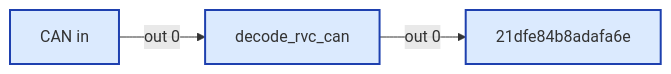
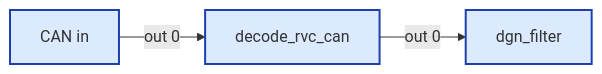
The ninth of 31 diagrams in src/wiring/config.md (Backroads4Me/librecoach-node-red), drawn with Mermaid before and after one commit. The commit also changed other lines of this file and 4 other files, not shown here.

````diff
--- a/src/wiring/config.md
+++ b/src/wiring/config.md
@@ -334,14 +334,14 @@
 ```mermaid
 flowchart LR
   classDef fn fill:#dbeafe,stroke:#1e40af,stroke-width:2px
   classDef ui fill:#ede9fe,stroke:#5b21b6,stroke-width:2px
   classDef sub fill:#fef3c7,stroke:#92400e,stroke-width:2px
   classDef link fill:#dcfce7,stroke:#166534,stroke-width:1px,stroke-dasharray:3 3
   classDef config fill:#f3f4f6,stroke:#6b7280,stroke-width:1px,stroke-dasharray:2 2
   classDef disabled opacity:0.5,stroke-dasharray:4 4
   n_2110ea4d0b85["CAN in"]:::fn
-  n_21dfe84b8ada["21dfe84b8adafa6e"]:::fn
+  n_501fc880dc7b["dgn_filter"]:::fn
   n_8d7d5d3ea117["decode_rvc_can"]:::fn
   n_2110ea4d0b85 -->|out 0| n_8d7d5d3ea117
-  n_8d7d5d3ea117 -->|out 0| n_21dfe84b8ada
+  n_8d7d5d3ea117 -->|out 0| n_501fc880dc7b
 ```
````
